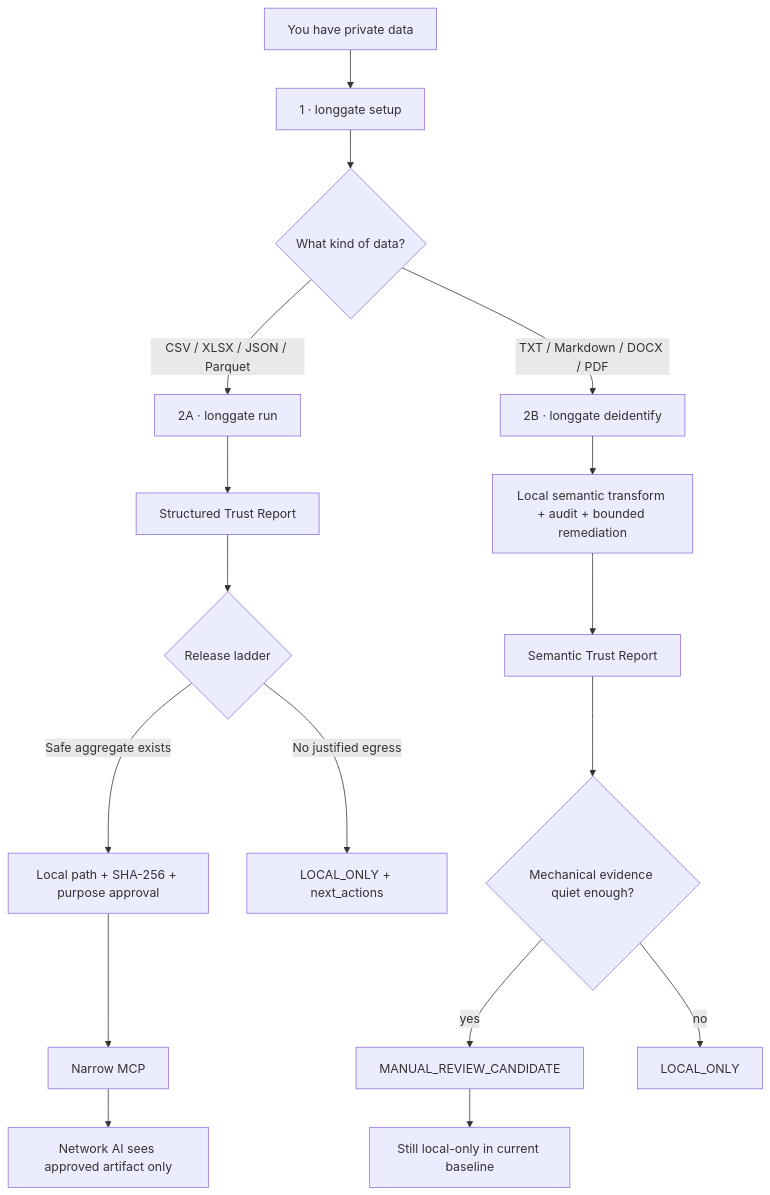
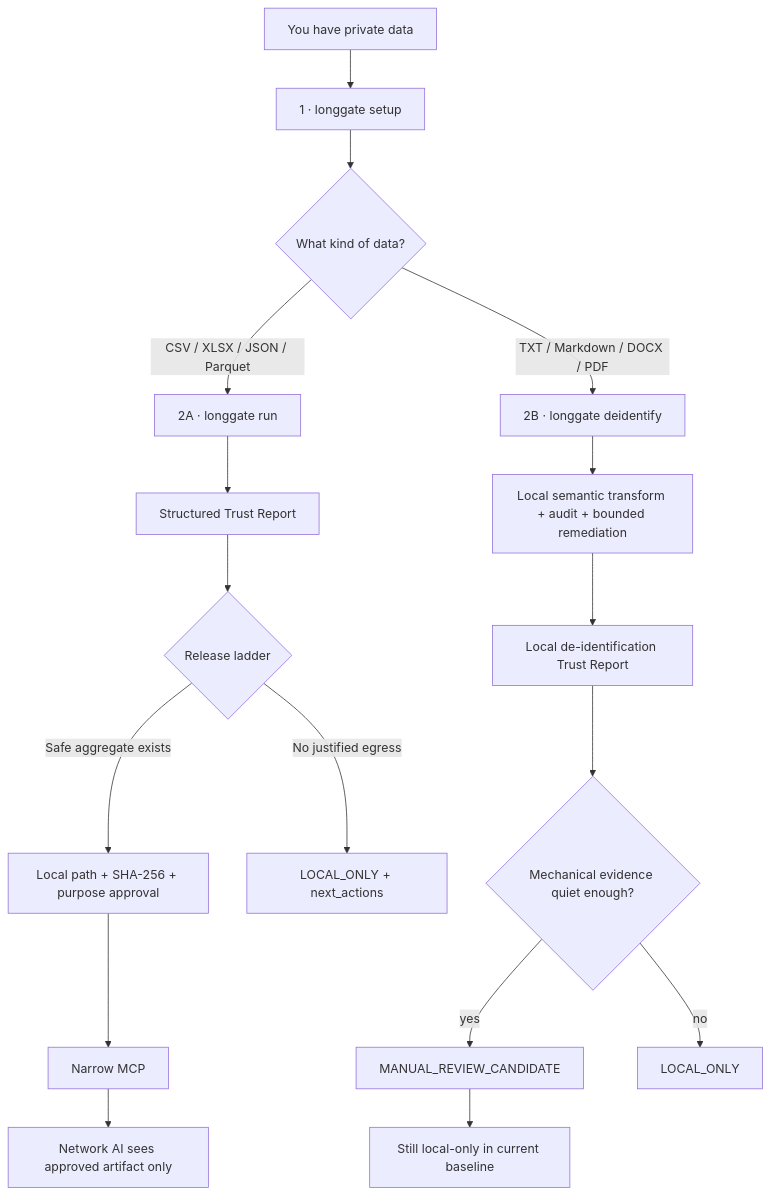
The first of 2 diagrams in README.md (CochraneK/long-gate), drawn with Mermaid before and after one commit. The commit also changed other lines of this file and 18 other files, not shown here.

````diff
--- a/README.md
+++ b/README.md
@@ -101,21 +101,21 @@
 ```mermaid
 flowchart TD
     START["You have private data"] --> SETUP["1 · longgate setup"]
     SETUP --> KIND{"What kind of data?"}
 
     KIND -->|"CSV / XLSX / JSON / Parquet"| TABLE["2A · longgate run"]
     TABLE --> TREPORT["Structured Trust Report"]
     TREPORT --> LADDER{"Release ladder"}
     LADDER -->|"Safe aggregate exists"| APPROVE["Local path + SHA-256 + purpose approval"]
     APPROVE --> MCP["Narrow MCP"]
     MCP --> CLOUD["Network AI sees approved artifact only"]
     LADDER -->|"No justified egress"| LOCAL1["LOCAL_ONLY + next_actions"]
 
     KIND -->|"TXT / Markdown / DOCX / PDF"| SEM["2B · longgate deidentify"]
     SEM --> LOOP["Local semantic transform + audit + bounded remediation"]
-    LOOP --> SREPORT["Semantic Trust Report"]
+    LOOP --> SREPORT["Local de-identification Trust Report"]
     SREPORT --> REVIEW{"Mechanical evidence quiet enough?"}
     REVIEW -->|"yes"| HUMAN["MANUAL_REVIEW_CANDIDATE"]
     REVIEW -->|"no"| LOCAL2["LOCAL_ONLY"]
     HUMAN --> HOLD["Still local-only in current baseline"]
 ```
````
